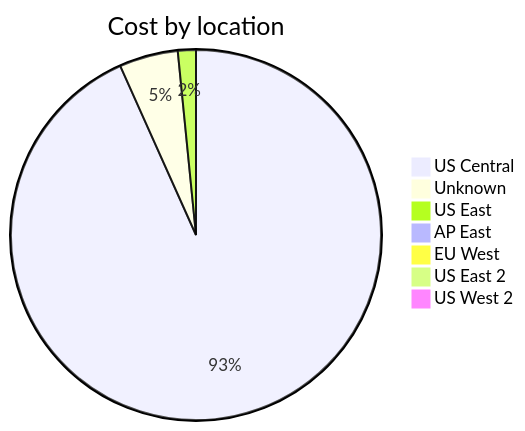
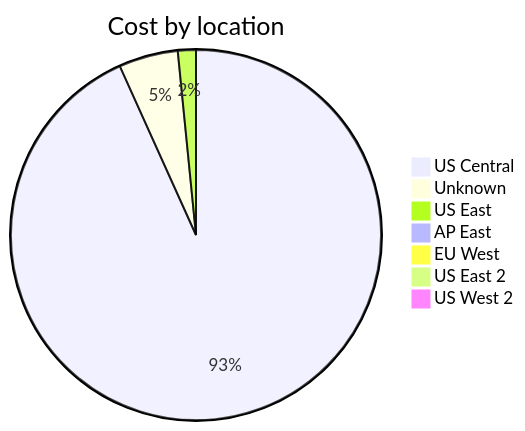
One commit to jpfulton/azure-personal-reports changed the third of 4 diagrams in cost-reports/accumulated-cost.md. Above: the diagram before and after it, drawn with Mermaid. The commit also changed other lines of this file and 4 other files, not shown here.

````diff
--- a/cost-reports/accumulated-cost.md
+++ b/cost-reports/accumulated-cost.md
@@ -121,11 +121,11 @@
 ```mermaid
 pie
    title Cost by location
-   "US Central" : 16.00
-   "Unknown" : 0.88
-   "US East" : 0.27
+   "US Central" : 16.59
+   "Unknown" : 0.92
+   "US East" : 0.28
    "AP East" : 0.00
    "EU West" : 0.00
    "US East 2" : 0.00
    "US West 2" : 0.00
 ```
````
